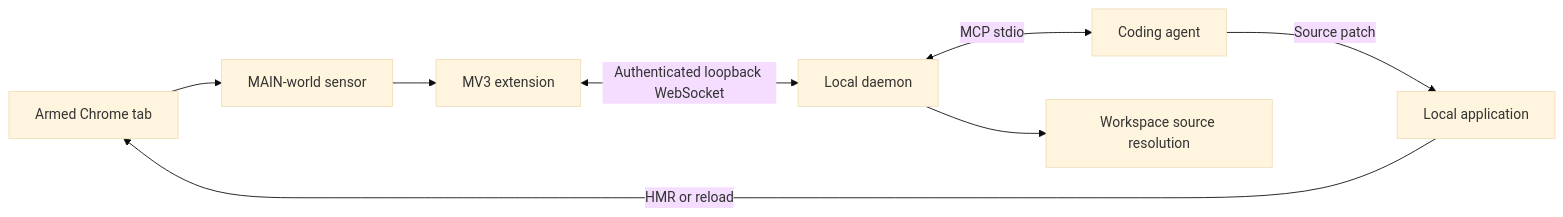
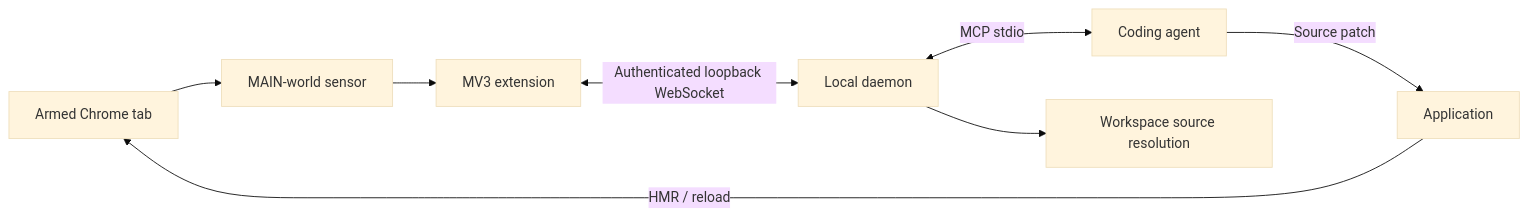
Before and after one commit to Yudis-bit/why-ui: the diagram in README.md, drawn with Mermaid (base theme). The commit also changed other lines of this file and 27 other files, not shown here.

````diff
--- a/README.md
+++ b/README.md
@@ -12,10 +104,10 @@
 ```mermaid
 flowchart LR
   Chrome[Armed Chrome tab] --> Sensor[MAIN-world sensor]
   Sensor --> Extension[MV3 extension]
   Extension <-->|Authenticated loopback WebSocket| Daemon[Local daemon]
   Daemon <-->|MCP stdio| Agent[Coding agent]
-  Agent -->|Source patch| App[Local application]
-  App -->|HMR or reload| Chrome
-  Daemon --> Sources[Workspace source resolution]
+  Agent -->|Source patch| App[Application]
+  App -->|HMR / reload| Chrome
+  Daemon --> Source[Workspace source resolution]
 ```
````
